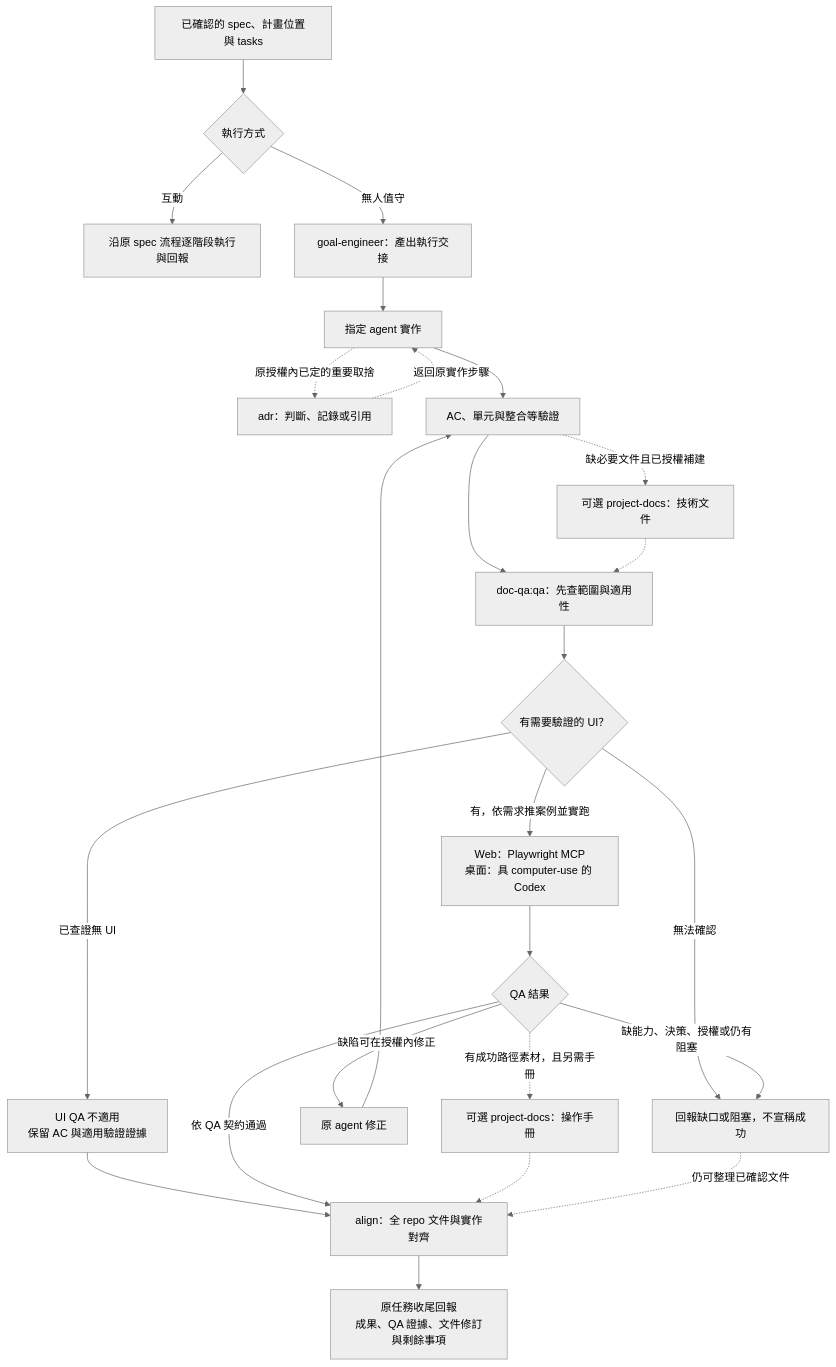
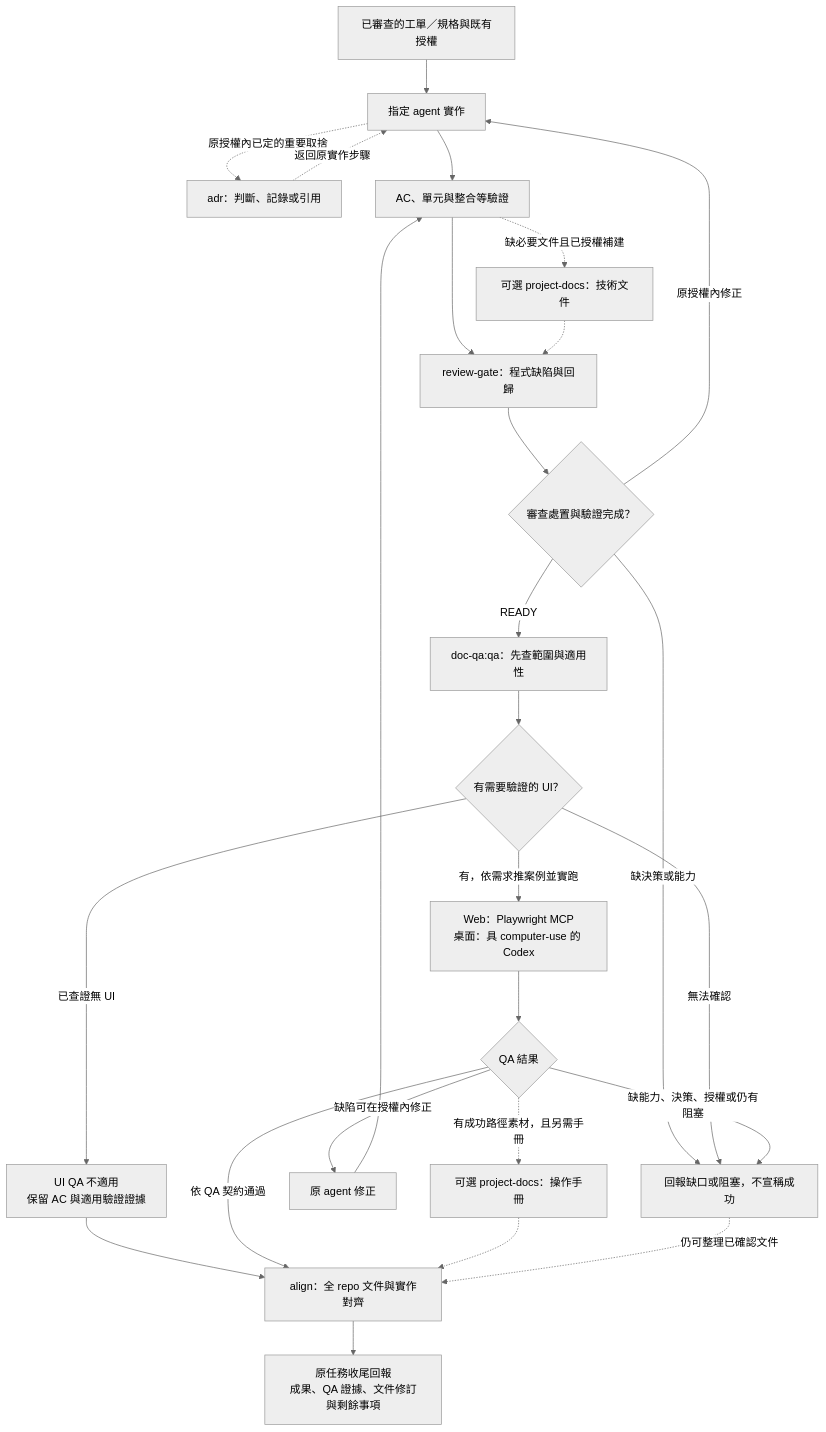
Before and after one commit to KerberosClaw/kc_ai_skills: the second of 2 diagrams in workflow-router/docs/workflow.md, drawn with Mermaid (neutral theme). The commit also changed other lines of this file and 23 other files, not shown here.

````diff
--- a/workflow-router/docs/workflow.md
+++ b/workflow-router/docs/workflow.md
@@ -49,28 +45,29 @@
 ```mermaid
 flowchart TD
-    E["已確認的 spec、計畫位置與 tasks"] --> M{"執行方式"}
-    M -->|互動| H["沿原 spec 流程逐階段執行與回報"]
-    M -->|無人值守| G["goal-engineer：產出執行交接"]
-    G --> I["指定 agent 實作"]
+    E["已審查的工單／規格與既有授權"] --> I["指定 agent 實作"]
     I -.->|原授權內已定的重要取捨| AD["adr：判斷、記錄或引用"]
     AD -.->|返回原實作步驟| I
     I --> V["AC、單元與整合等驗證"]
-    V --> Q["doc-qa:qa：先查範圍與適用性"]
+    V --> CR["review-gate：程式缺陷與回歸"]
+    CR --> RD{"審查處置與驗證完成？"}
+    RD -->|原授權內修正| I
+    RD -->|缺決策或能力| X["回報缺口或阻塞，不宣稱成功"]
+    RD -->|READY| Q["doc-qa:qa：先查範圍與適用性"]
     V -.->|缺必要文件且已授權補建| PD1["可選 project-docs：技術文件"]
-    PD1 -.-> Q
+    PD1 -.-> CR
 
     Q --> U{"有需要驗證的 UI？"}
     U -->|有，依需求推案例並實跑| DR["Web：Playwright MCP<br/>桌面：具 computer-use 的 Codex"]
     U -->|已查證無 UI| N["UI QA 不適用<br/>保留 AC 與適用驗證證據"]
     N --> A["align：全 repo 文件與實作對齊"]
-    U -->|無法確認| X["回報缺口或阻塞，不宣稱成功"]
+    U -->|無法確認| X
     DR --> O{"QA 結果"}
     O -->|缺陷可在授權內修正| F["原 agent 修正"]
     F --> V
     O -->|依 QA 契約通過| A
     O -->|缺能力、決策、授權或仍有阻塞| X
     O -.->|有成功路徑素材，且另需手冊| PD2["可選 project-docs：操作手冊"]
     PD2 -.-> A
     X -.->|仍可整理已確認文件| A
     A --> Z["原任務收尾回報<br/>成果、QA 證據、文件修訂與剩餘事項"]
 ```
````
